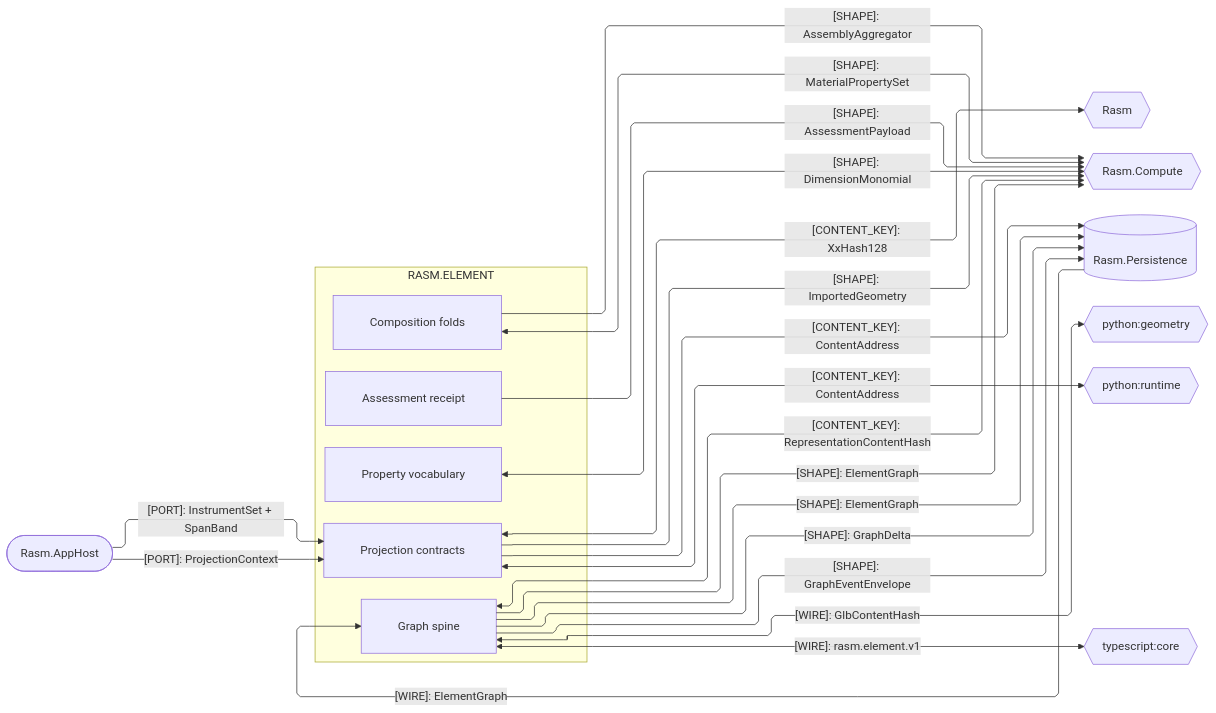
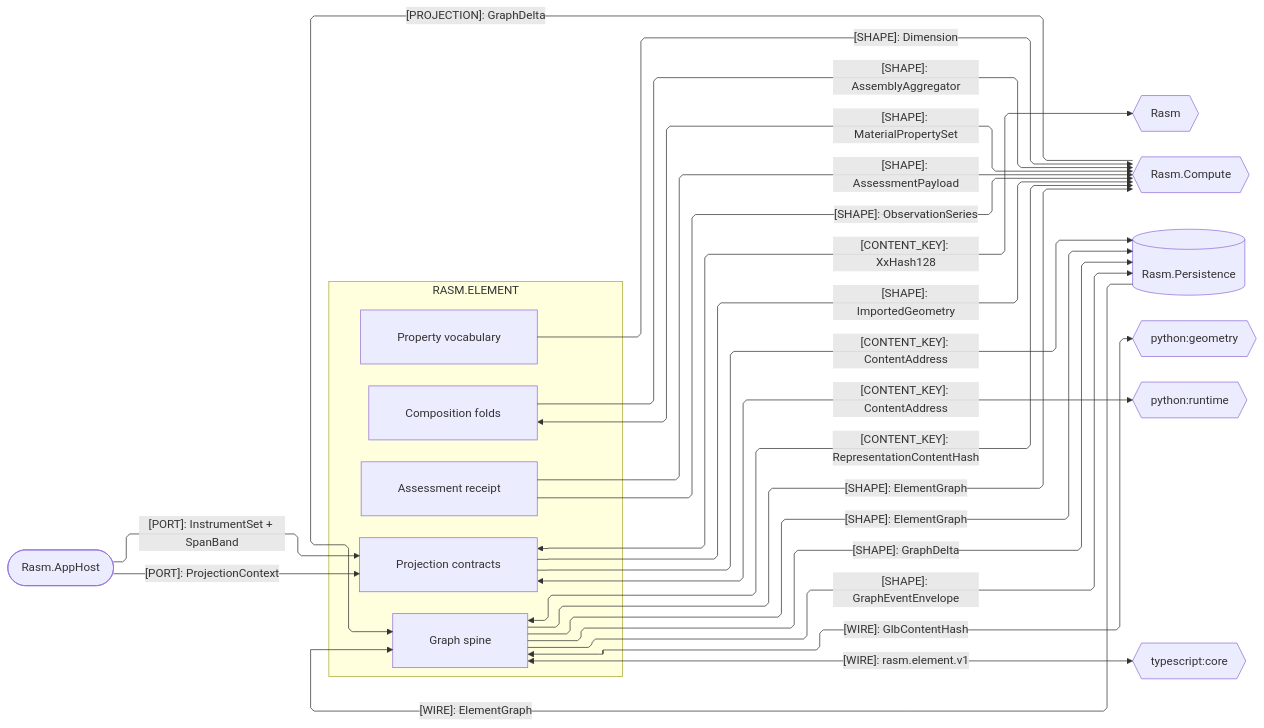
The third of 3 diagrams in libs/csharp/Rasm.Element/ARCHITECTURE.md (bsamiee/Rasm), drawn with Mermaid before and after one commit. The commit also changed other lines of this file and 747 other files, not shown here.

````diff
--- a/libs/csharp/Rasm.Element/ARCHITECTURE.md
+++ b/libs/csharp/Rasm.Element/ARCHITECTURE.md
@@ -164,44 +177,46 @@
 ```mermaid
 ---
 config:
   layout: elk
   flowchart:
     curve: linear
     padding: 25
 ---
 flowchart LR
     accTitle: Element platform and cross-runtime wire seams
     accDescr: Element sub-domain owners exchanging content keys, shapes, and wires with the kernel, app host, compute, persistence, and the Python and TypeScript peers, one edge per contract family mirrored on the counterpart folder.
     subgraph element[RASM.ELEMENT]
         Graph[Graph spine]
         Projection[Projection contracts]
         Composition[Composition folds]
         Properties[Property vocabulary]
         Assessment[Assessment receipt]
     end
     Rasm{{Rasm}}
     AppHost([Rasm.AppHost])
     Compute{{Rasm.Compute}}
     Persistence[(Rasm.Persistence)]
     Geometry{{python:geometry}}
     Runtime{{python:runtime}}
     Core{{typescript:core}}
     Projection <-->|"[CONTENT_KEY]: XxHash128"| Rasm
     AppHost -->|"[PORT]: ProjectionContext"| Projection
     AppHost -->|"[PORT]: InstrumentSet + SpanBand"| Projection
     Projection -->|"[CONTENT_KEY]: ContentAddress"| Persistence
     Graph -->|"[SHAPE]: ElementGraph"| Persistence
     Graph -->|"[SHAPE]: GraphDelta"| Persistence
     Graph -->|"[SHAPE]: GraphEventEnvelope"| Persistence
     Persistence -->|"[WIRE]: ElementGraph"| Graph
     Graph <-->|"[CONTENT_KEY]: RepresentationContentHash"| Compute
     Composition -->|"[SHAPE]: AssemblyAggregator"| Compute
     Composition <-->|"[SHAPE]: MaterialPropertySet"| Compute
-    Properties <-->|"[SHAPE]: DimensionMonomial"| Compute
+    Properties -->|"[SHAPE]: Dimension"| Compute
     Assessment -->|"[SHAPE]: AssessmentPayload"| Compute
+    Assessment -->|"[SHAPE]: ObservationSeries"| Compute
+    Compute -->|"[PROJECTION]: GraphDelta"| Graph
     Graph -->|"[SHAPE]: ElementGraph"| Compute
     Projection -->|"[SHAPE]: ImportedGeometry"| Compute
     Graph <-->|"[WIRE]: GlbContentHash"| Geometry
     Projection <-->|"[CONTENT_KEY]: ContentAddress"| Runtime
     Graph <-->|"[WIRE]: rasm.element.v1"| Core
 ```
````
